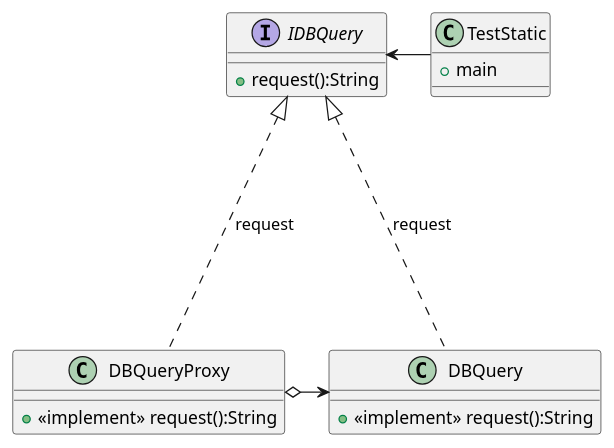
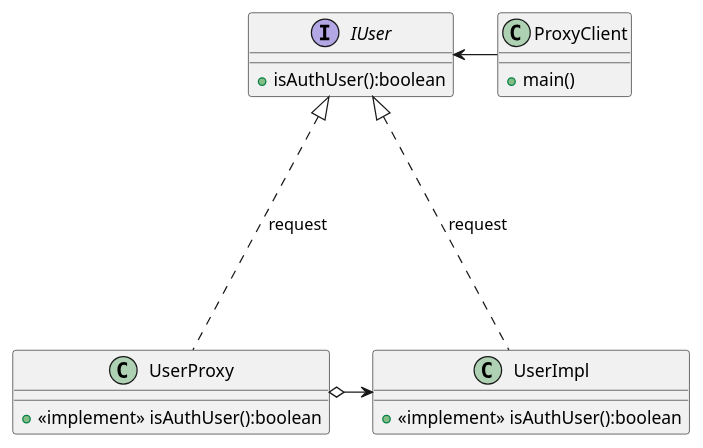
Before and after one commit to huaronghao/proxyPattern: the diagram in src/main/java/com/static_/static_class.puml, drawn with PlantUML. The commit also changed 14 other files, not shown here.

```diff
--- a/src/main/java/com/static_/static_class.puml
+++ b/src/main/java/com/static_/static_class.puml
@@ -1,24 +1,24 @@
 @startuml
 
-interface IDBQuery {
-   +request():String
+interface IUser {
+   +isAuthUser():boolean
 }
 
-class DBQuery {
-   +<<implement>> request():String
+class UserImpl {
+   +<<implement>> isAuthUser():boolean
 }
 
-class DBQueryProxy {
-   +<<implement>> request():String
+class UserProxy {
+   +<<implement>> isAuthUser():boolean
 }
 
-class TestStatic {
-    + main
+class ProxyClient {
+    + main()
 }
 
-DBQuery ..up..|> IDBQuery:request
-DBQueryProxy ..up..|> IDBQuery:request
-DBQuery <--left--o DBQueryProxy
-TestStatic -left-> IDBQuery
+UserImpl ..up..|> IUser:request
+UserProxy ..up..|> IUser:request
+UserImpl <--left--o UserProxy
+ProxyClient -left-> IUser
 
 @enduml
```
